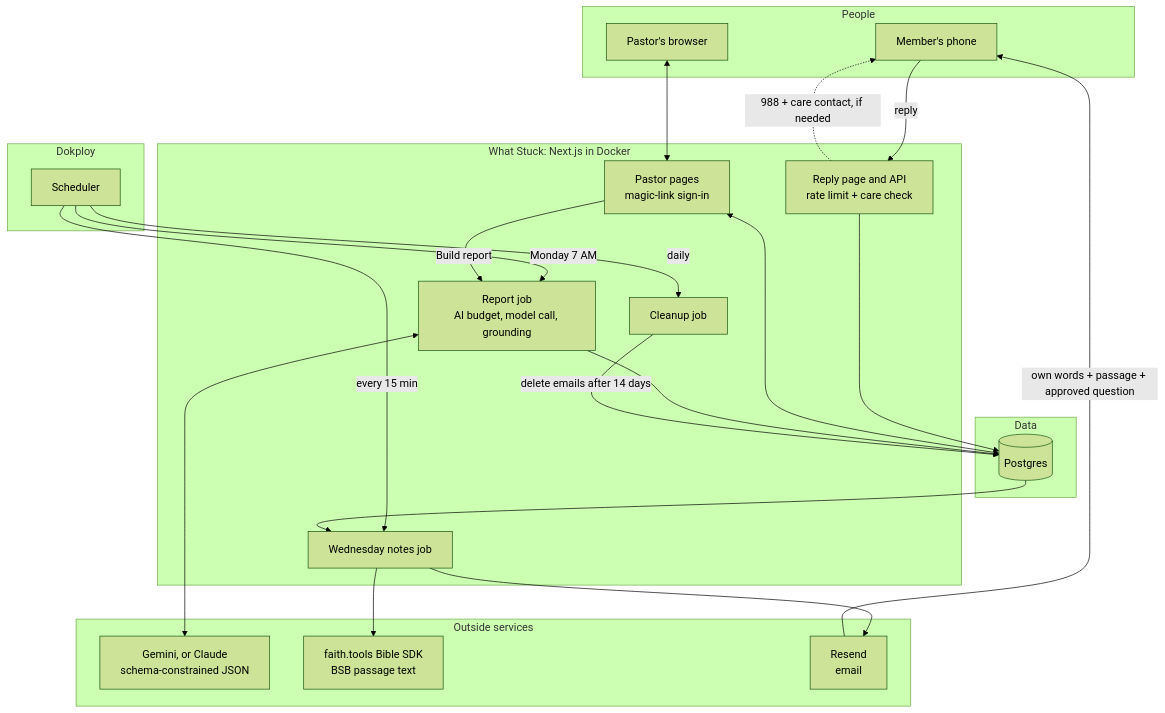
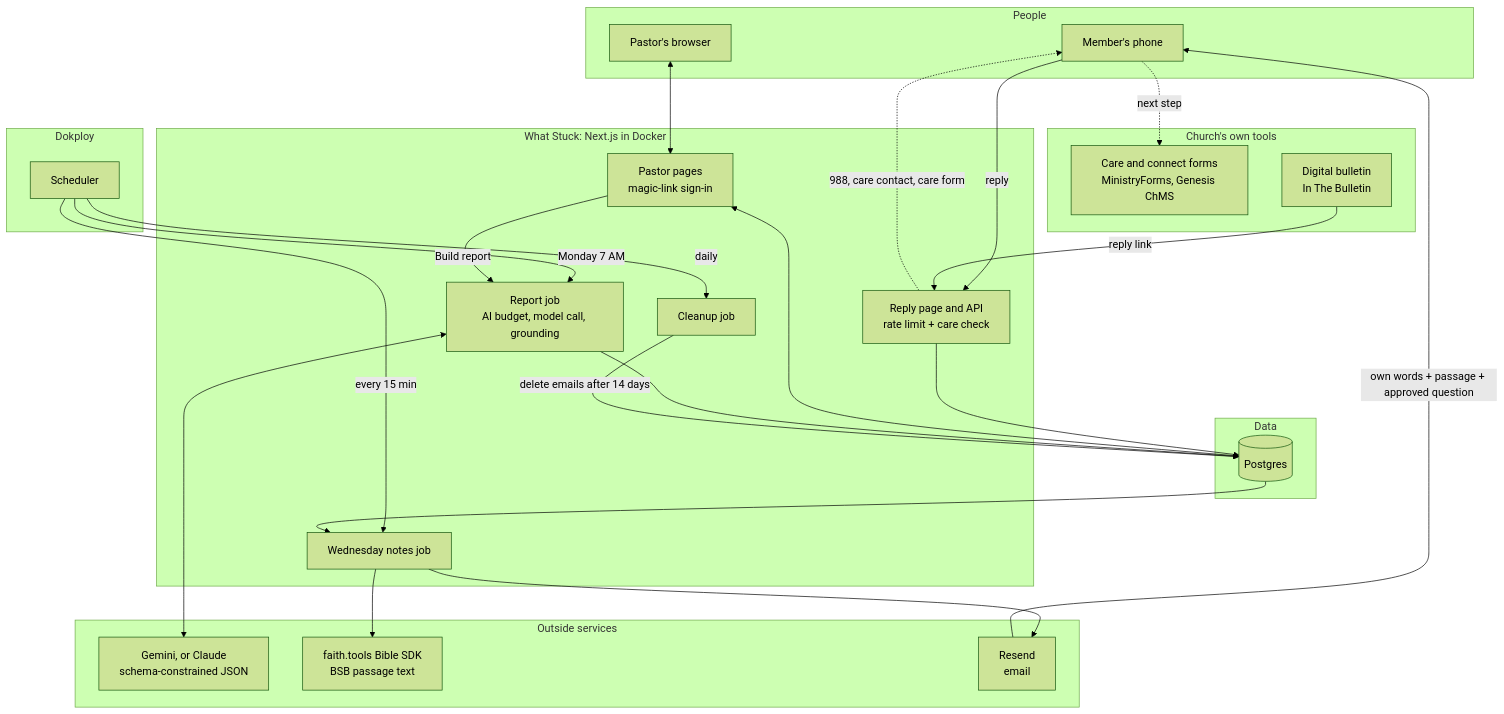
Before and after one commit to mystiquemide/what-stuck: the diagram in README.md, drawn with Mermaid (forest theme). The commit also changed other lines of this file and 1 other file, not shown here.

````diff
--- a/README.md
+++ b/README.md
@@ -48,41 +217,47 @@
 ```mermaid
 flowchart TB
   subgraph People
     M["Member's phone"]
     P["Pastor's browser"]
   end
   subgraph App["What Stuck: Next.js in Docker"]
     R["Reply page and API<br/>rate limit + care check"]
     W["Pastor pages<br/>magic-link sign-in"]
     J["Report job<br/>AI budget, model call, grounding"]
     N["Wednesday notes job"]
     C["Cleanup job"]
   end
   subgraph Data
     DB[("Postgres")]
   end
   subgraph Services["Outside services"]
     AI["Gemini, or Claude<br/>schema-constrained JSON"]
     BIB["faith.tools Bible SDK<br/>BSB passage text"]
     MAIL["Resend<br/>email"]
   end
+  subgraph Church["Church's own tools"]
+    FORMS["Care and connect forms<br/>MinistryForms, Genesis ChMS"]
+    BULL["Digital bulletin<br/>In The Bulletin"]
+  end
   subgraph Host["Dokploy"]
     S["Scheduler"]
   end
   S -->|"Monday 7 AM"| J
   S -->|"every 15 min"| N
   S -->|"daily"| C
   M -->|"reply"| R
-  R -.->|"988 + care contact, if needed"| M
+  BULL -->|"reply link"| R
+  R -.->|"988, care contact, care form"| M
+  M -.->|"next step"| FORMS
   R --> DB
   P <--> W
   W <--> DB
   W -->|"Build report"| J
   J <--> AI
   J --> DB
   DB --> N
   N --> BIB
   N --> MAIL
   MAIL -->|"own words + passage + approved question"| M
   C -->|"delete emails after 14 days"| DB
 ```
````
